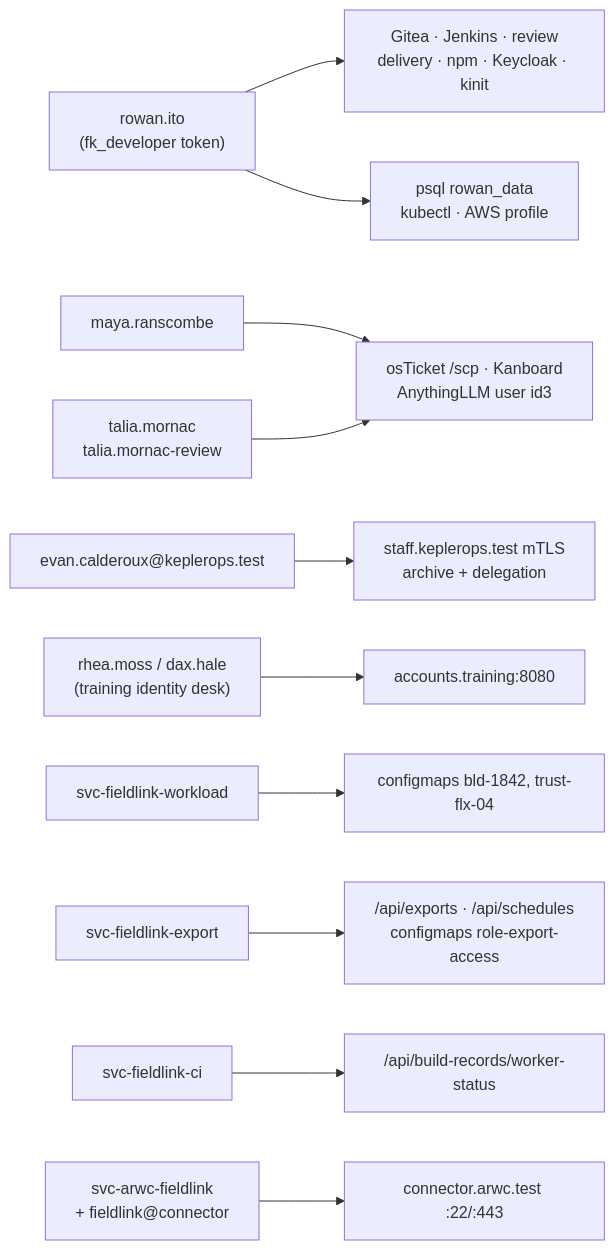
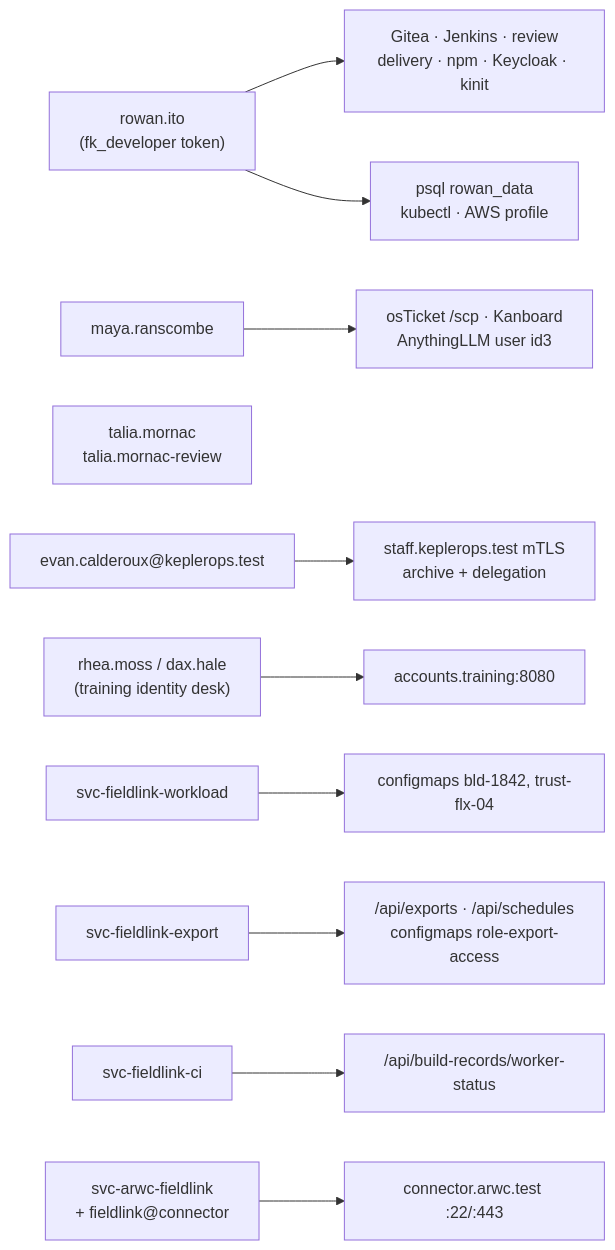
The diagram in docs/04-accounts-and-hosts.md (parzival0037/HTB_Bsides_2026), drawn with Mermaid before and after one commit. The commit also changed other lines of this file and 3 other files, not shown here.

````diff
--- a/docs/04-accounts-and-hosts.md
+++ b/docs/04-accounts-and-hosts.md
@@ -16,23 +14,21 @@
 ```mermaid
 flowchart LR
     RI["rowan.ito<br/>(fk_developer token)"]
     MR["maya.ranscombe"]
     TM["talia.mornac<br/>talia.mornac-review"]
     EC["evan.calderoux@keplerops.test"]
     RM["rhea.moss / dax.hale<br/>(training identity desk)"]
     WL["svc-fieldlink-workload"]
     EX["svc-fieldlink-export"]
     CI["svc-fieldlink-ci"]
     AC["svc-arwc-fieldlink<br/>+ fieldlink@connector"]
-
     RI --> GIT["Gitea · Jenkins · review<br/>delivery · npm · Keycloak · kinit"]
     RI --> PART["psql rowan_data<br/>kubectl · AWS profile"]
     MR --> OS["osTicket /scp · Kanboard<br/>AnythingLLM user id3"]
-    TM --> OS
     EC --> STAFF["staff.keplerops.test mTLS<br/>archive + delegation"]
     RM --> TRAIN["accounts.training:8080"]
     WL --> K8S["configmaps bld-1842, trust-flx-04"]
     EX --> CLOUD["/api/exports · /api/schedules<br/>configmaps role-export-access"]
     CI --> BR["/api/build-records/worker-status"]
     AC --> RELAY["connector.arwc.test :22/:443"]
 ```
````
